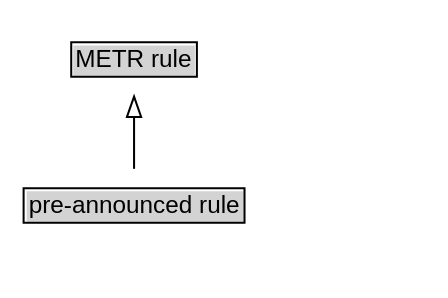
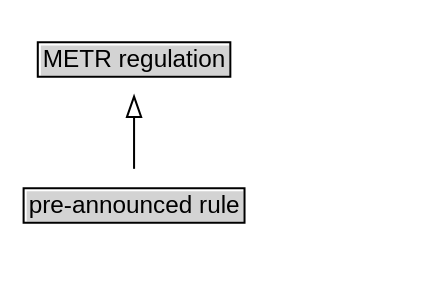
The diagram in preview/diagrams/pre-announced rule.dot (k-vaughn/iso24315-vocab), drawn with Graphviz before and after one commit. The commit also changed 195 other files, not shown here.

```diff
--- a/preview/diagrams/pre-announced rule.dot
+++ b/preview/diagrams/pre-announced rule.dot
@@ -1,16 +1,16 @@
 // Diagram for pre-announced rule
 digraph {
 	graph [overlap=false rankdir=TB splines=true]
 	node [fontname=Arial fontsize=12 margin=0 shape=none]
 	edge [fontname=Arial fontsize=11]
 	{
 		rank=max
 		"pre-announced rule" [label=<<TABLE BORDER="1" CELLBORDER="0" CELLSPACING="0" CELLPADDING="1"><TR><TD BGCOLOR="lightgray" ALIGN="CENTER" PORT="e">pre-announced rule</TD></TR></TABLE>> margin=0]
 	}
-	metrRule [label=<<TABLE BORDER="1" CELLBORDER="0" CELLSPACING="0" CELLPADDING="1"><TR><TD BGCOLOR="lightgray" ALIGN="CENTER">METR rule</TD></TR></TABLE>> URL="../terms/METR rule/" margin=0 target=_top]
+	metrRegulation [label=<<TABLE BORDER="1" CELLBORDER="0" CELLSPACING="0" CELLPADDING="1"><TR><TD BGCOLOR="lightgray" ALIGN="CENTER">METR regulation</TD></TR></TABLE>> URL="../terms/METR regulation/" margin=0 target=_top]
 	subgraph cluster_associated {
 		label="" style=invis
 		Invis [label=<<TABLE BORDER="0" CELLBORDER="0" CELLSPACING="0" CELLPADDING="1"><TR><TD></TD></TR></TABLE>> margin=0 style=invis]
 	}
-	"pre-announced rule" -> metrRule [arrowhead=onormal style=solid]
+	"pre-announced rule" -> metrRegulation [arrowhead=onormal style=solid]
 }
```
